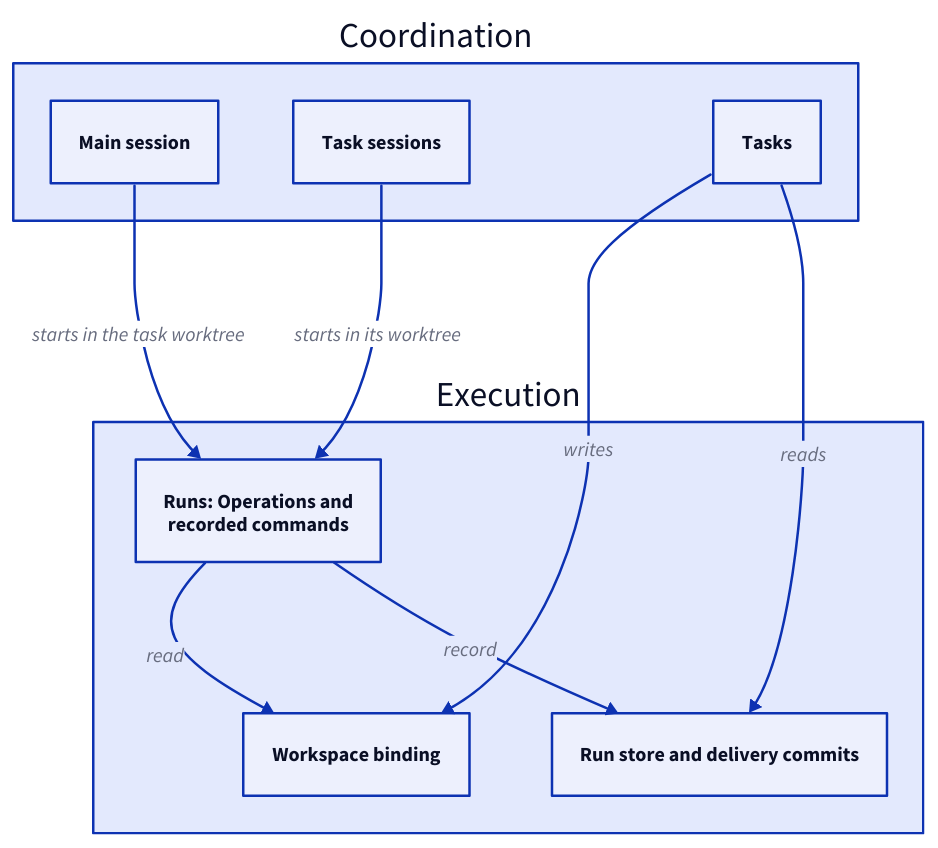
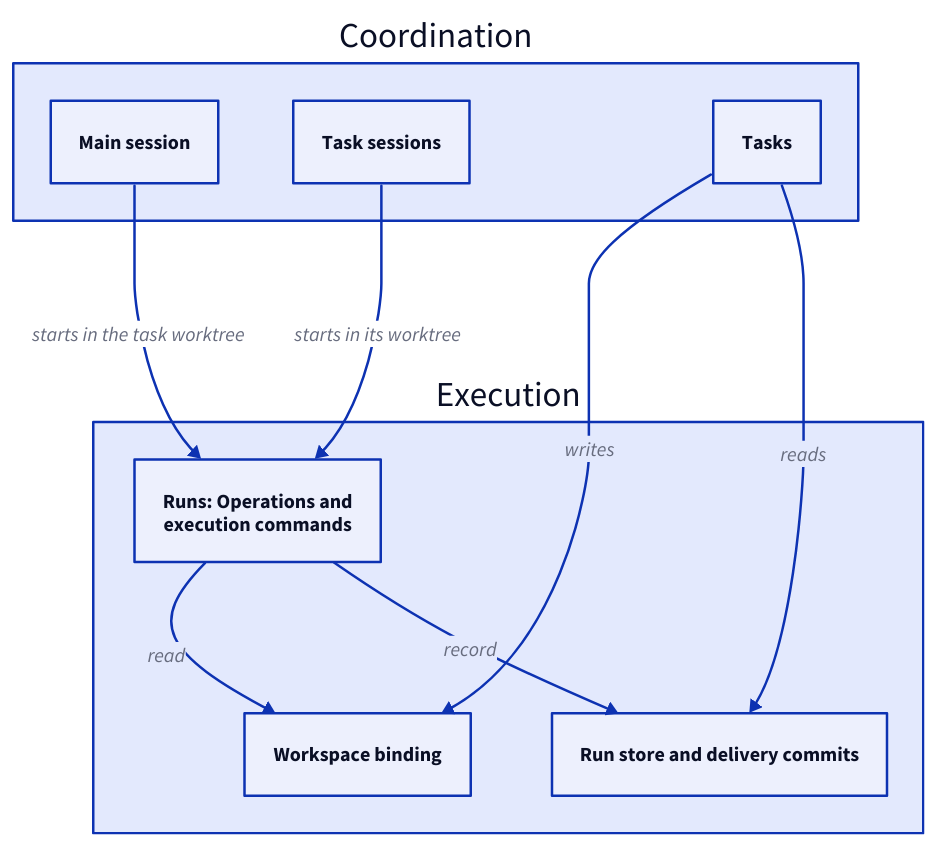
The second of 5 diagrams in specs/concorde/module.md (FTOD/concorde), drawn with D2 before and after one commit. The commit also changed other lines of this file and 107 other files, not shown here.

````diff
--- a/specs/concorde/module.md
+++ b/specs/concorde/module.md
@@ -170,18 +170,18 @@
 ```d2 illustrative
 coordination: Coordination {
   main: Main session
   task: Task sessions
   tasks: Tasks
 }
 execution: Execution {
   binding: Workspace binding
-  runs: "Runs: Operations and\nrecorded commands"
+  runs: "Runs: Operations and\nexecution commands"
   store: Run store and delivery commits
 }
 coordination.tasks -> execution.binding: writes
 coordination.main -> execution.runs: starts in the task worktree
 coordination.task -> execution.runs: starts in its worktree
 execution.runs -> execution.binding: read
 execution.runs -> execution.store: record
 coordination.tasks -> execution.store: reads
 ```
````
